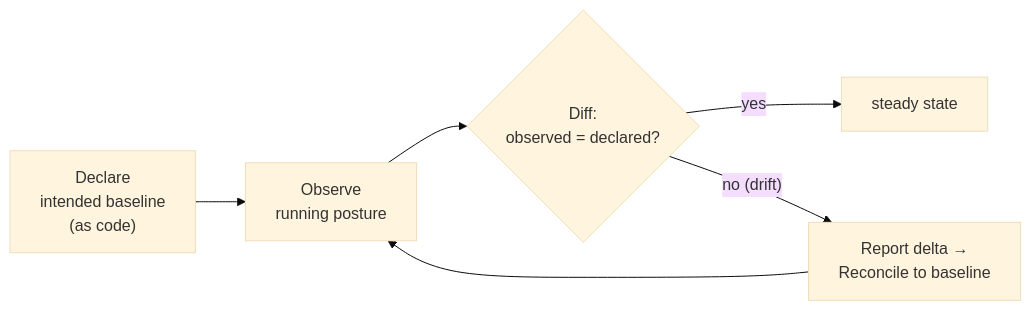
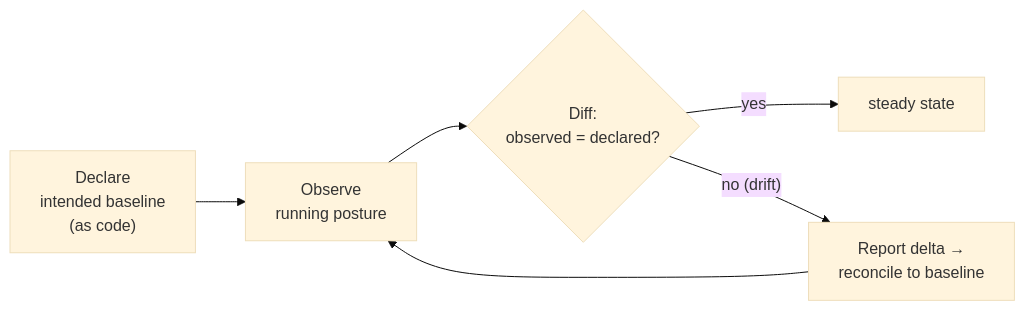
Before and after one commit to plaintext-security/plaintext: the fourth of 4 diagrams in tracks/11-ztna/modules/09-monitoring-detection/README.md, drawn with Mermaid (base theme). The commit also changed other lines of this file and 24 other files, not shown here.

````diff
--- a/tracks/11-ztna/modules/09-monitoring-detection/README.md
+++ b/tracks/11-ztna/modules/09-monitoring-detection/README.md
@@ -56,8 +188,8 @@
 ```mermaid
 flowchart LR
     DECL["Declare<br/>intended baseline<br/>(as code)"] --> OBS["Observe<br/>running posture"]
     OBS --> DIFF{"Diff:<br/>observed = declared?"}
     DIFF -->|yes| OK["steady state"]
-    DIFF -->|"no (drift)"| REP["Report delta →<br/>Reconcile to baseline"]
+    DIFF -->|"no (drift)"| REP["Report delta →<br/>reconcile to baseline"]
     REP --> OBS
 ```
````
